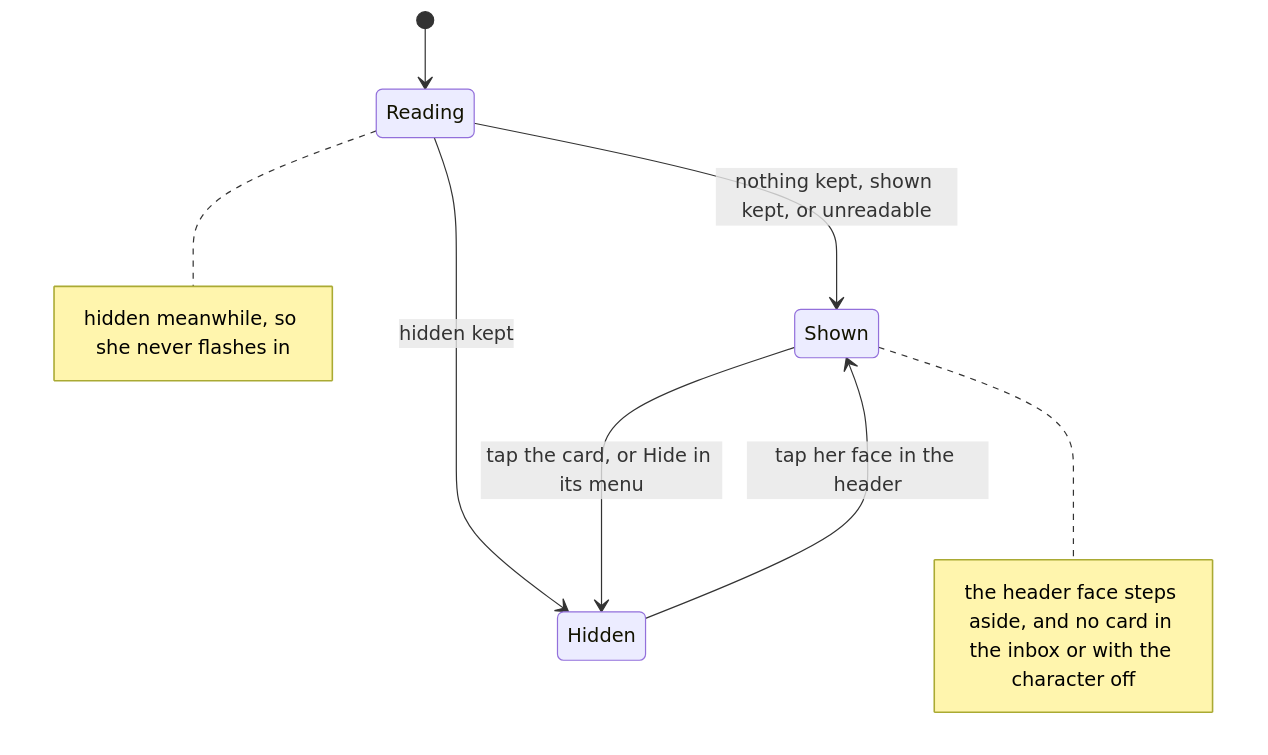
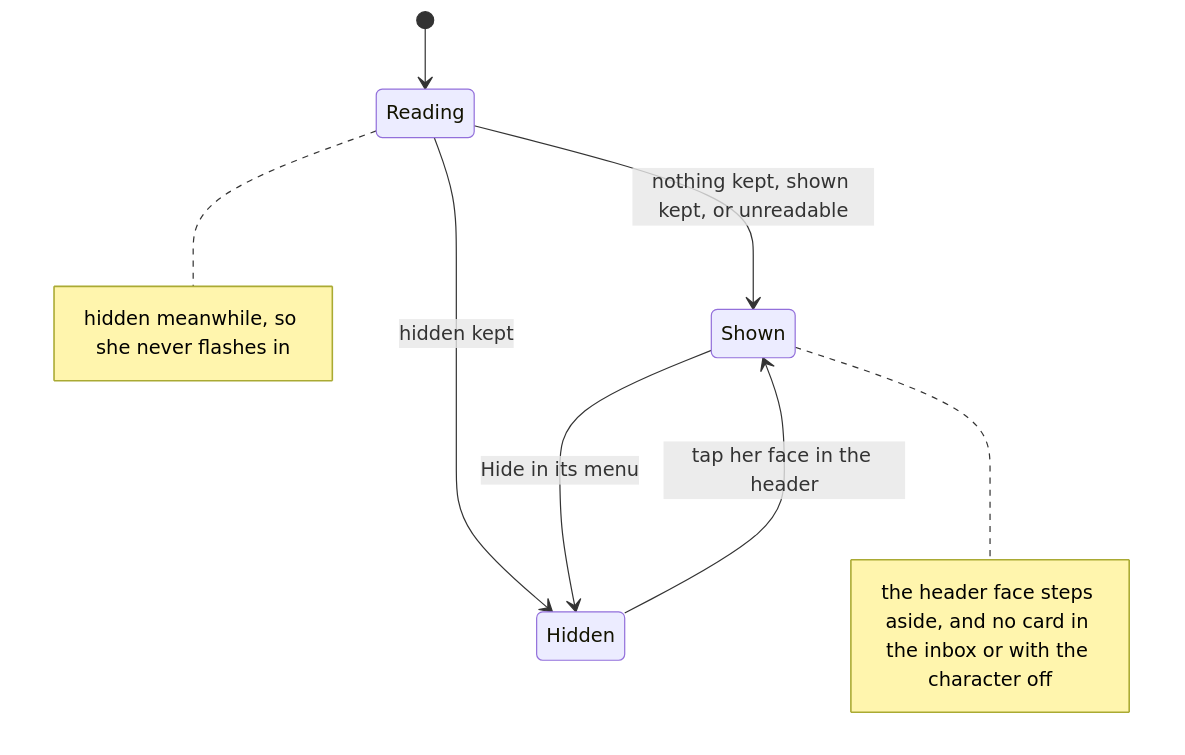
One commit to matthiasn/lotti changed diagram 17 of 19 in knowledge/features/front_agent.md. Above: the diagram before and after it, drawn with Mermaid. The commit also changed other lines of this file and 34 other files, not shown here.

First line of the commit message:
feat(companion): dock her card under the desktop chat list; a tap never hides it

````diff
--- a/knowledge/features/front_agent.md
+++ b/knowledge/features/front_agent.md
@@ -2117,10 +2123,10 @@
 ```mermaid
 stateDiagram-v2
   [*] --> Reading
   Reading --> Shown: nothing kept, shown kept, or unreadable
   Reading --> Hidden: hidden kept
   Hidden --> Shown: tap her face in the header
-  Shown --> Hidden: tap the card, or Hide in its menu
+  Shown --> Hidden: Hide in its menu
   note right of Reading: hidden meanwhile, so she never flashes in
   note right of Shown: the header face steps aside, and no card in the inbox or with the character off
 ```
````
